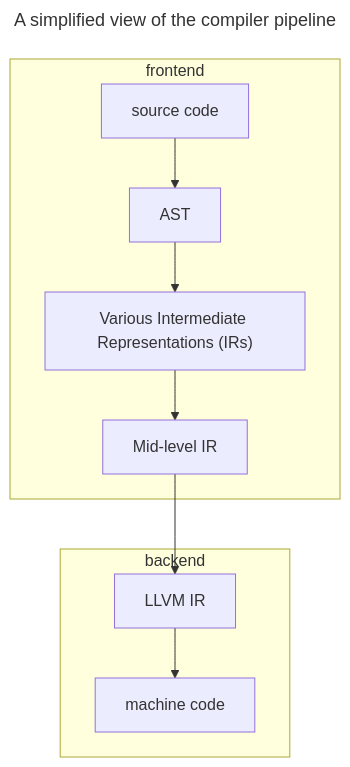
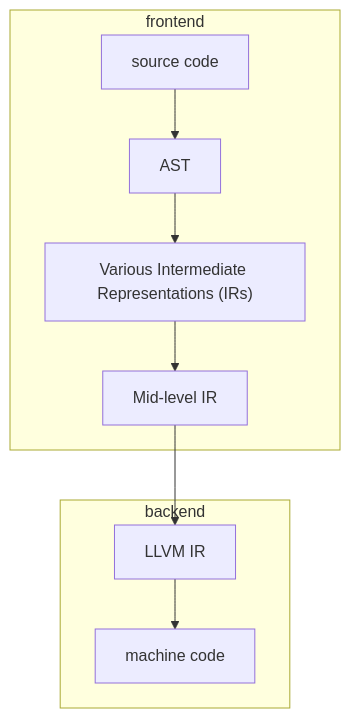
The diagram in README.md (Lyssia-Seiden/Tetanus), drawn with Mermaid before and after one commit. The commit also changed other lines of this file, not shown here.

Commit message:
fix (?) readme graph

````diff
--- a/README.md
+++ b/README.md
@@ -13,15 +15,12 @@
 ```mermaid
----
-title: "A simplified view of the compiler pipeline"
----
 flowchart TB
 subgraph frontend
 sc["source code"]-->AST
 AST-->irs["Various Intermediate Representations (IRs)"]
 irs-->MIR["Mid-level IR"]
 end
 subgraph backend
 MIR-->llvm["LLVM IR"]
 llvm-->mc["machine code"]
 end
 ```
````
